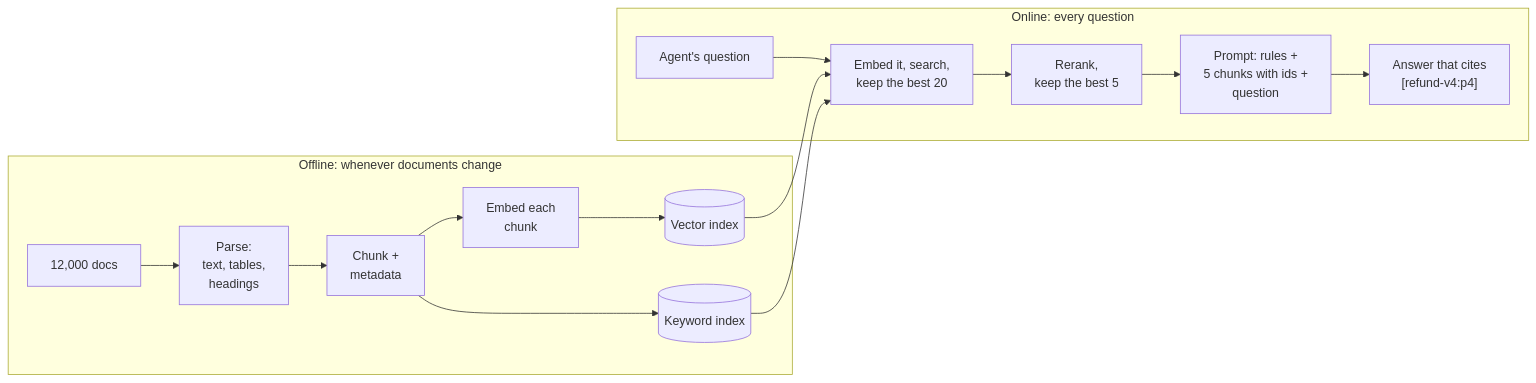
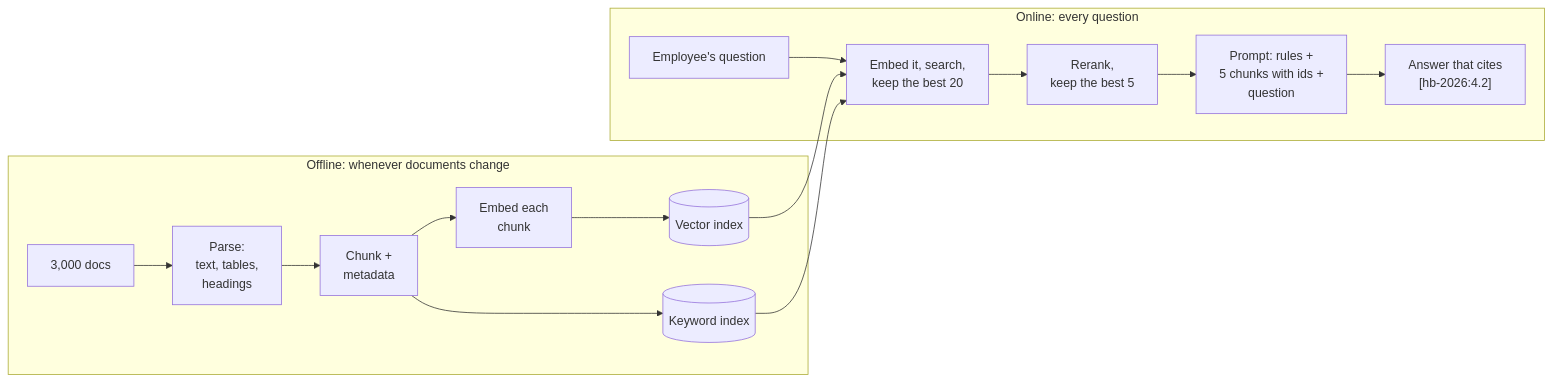
Before and after one commit to shubamchaudhary/CodeNITW: the sixth of 8 diagrams in src/Data/aiStackDocs/CH-02.md, drawn with Mermaid. The commit also changed other lines of this file and 32 other files, not shown here.

````diff
--- a/src/Data/aiStackDocs/CH-02.md
+++ b/src/Data/aiStackDocs/CH-02.md
@@ -183,18 +183,18 @@
 ```mermaid
 flowchart LR
     subgraph IDX["Offline: whenever documents change"]
-        D1["12,000 docs"] --> P1["Parse:<br/>text, tables,<br/>headings"]
+        D1["3,000 docs"] --> P1["Parse:<br/>text, tables,<br/>headings"]
         P1 --> C1["Chunk +<br/>metadata"]
         C1 --> E1["Embed each<br/>chunk"]
         E1 --> V[("Vector index")]
         C1 --> K[("Keyword index")]
     end
     subgraph ASK["Online: every question"]
-        Q["Agent's question"] --> R["Embed it, search,<br/>keep the best 20"]
+        Q["Employee's question"] --> R["Embed it, search,<br/>keep the best 20"]
         R --> RR["Rerank,<br/>keep the best 5"]
         RR --> PR["Prompt: rules +<br/>5 chunks with ids +<br/>question"]
-        PR --> A["Answer that cites<br/>[refund-v4:p4]"]
+        PR --> A["Answer that cites<br/>[hb-2026:4.2]"]
     end
     V --> R
     K --> R
 ```
````
